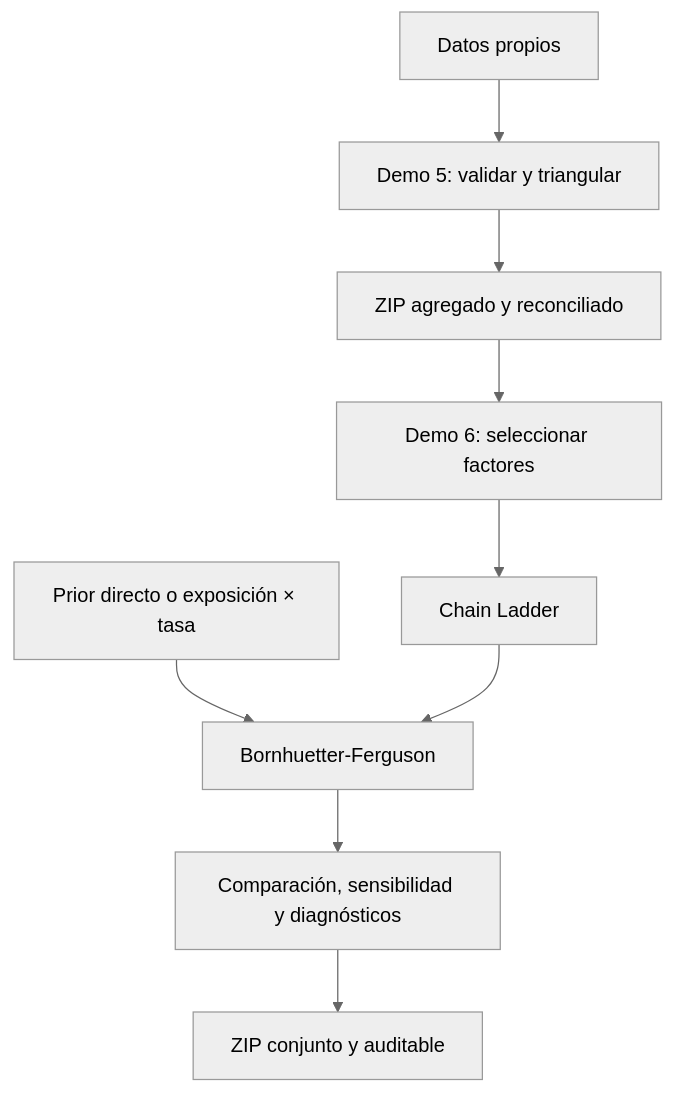
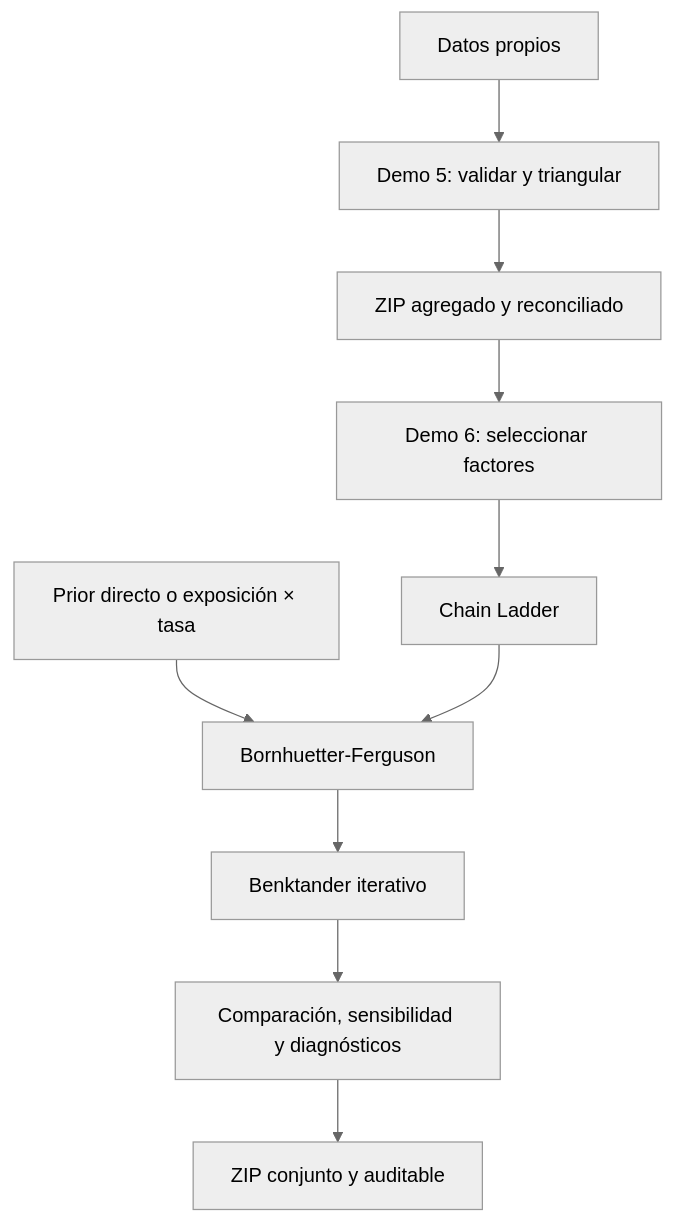
Before and after one commit to jaforero/health-insurance-reserving-handbook: the diagram in docs/examples/06-demo-chain-ladder-datos-propios.md, drawn with Mermaid (neutral theme). The commit also changed other lines of this file and 54 other files, not shown here.

````diff
--- a/docs/examples/06-demo-chain-ladder-datos-propios.md
+++ b/docs/examples/06-demo-chain-ladder-datos-propios.md
@@ -70,11 +93,12 @@
 ```mermaid
 flowchart TD
     A["Datos propios"] --> B["Demo 5: validar y triangular"]
     B --> C["ZIP agregado y reconciliado"]
     C --> D["Demo 6: seleccionar factores"]
     D --> E["Chain Ladder"]
     P["Prior directo o exposición × tasa"] --> G["Bornhuetter-Ferguson"]
     E --> G
-    G --> H["Comparación, sensibilidad y diagnósticos"]
+    G --> K["Benktander iterativo"]
+    K --> H["Comparación, sensibilidad y diagnósticos"]
     H --> F["ZIP conjunto y auditable"]
 ```
````
